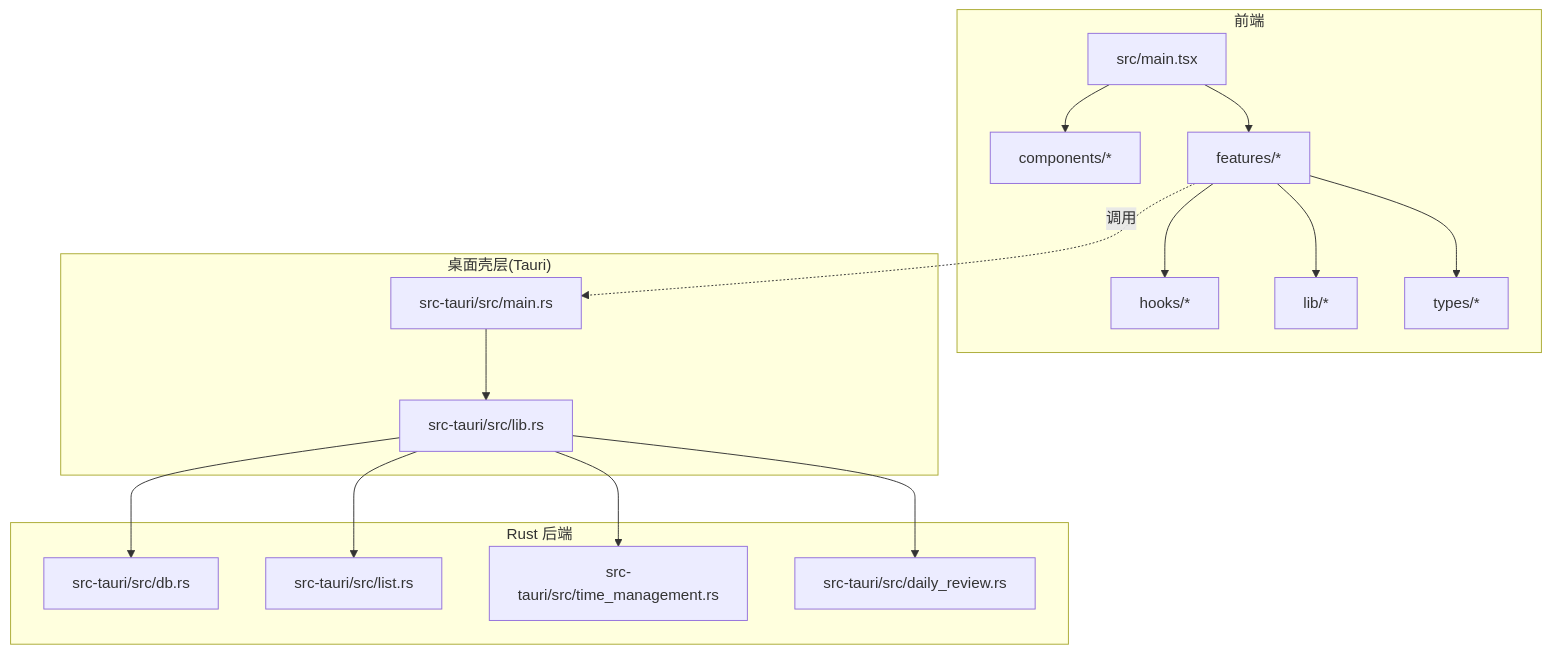
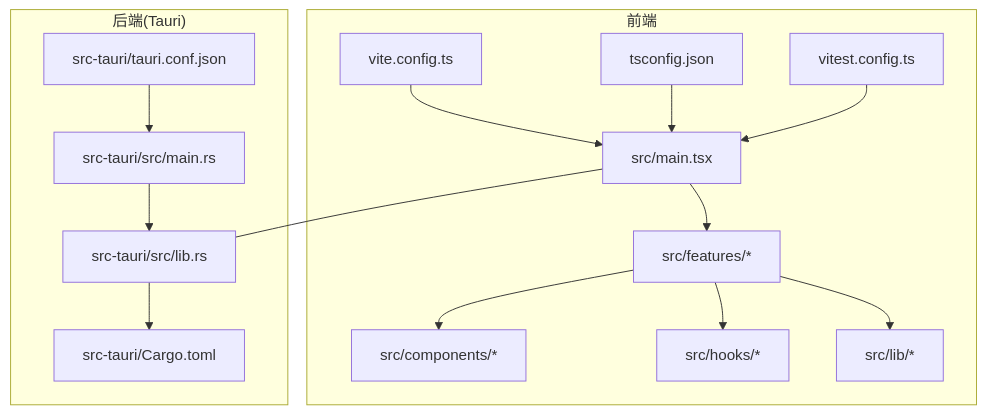
One commit to gzdxhujiale/FishWorker changed the first of 3 diagrams in .qoder/repowiki/zh/content/开发指南/代码规范.md. Above: the diagram before and after it, drawn with Mermaid. The commit also changed other lines of this file and 238 other files, not shown here.

````diff
--- a/.qoder/repowiki/zh/content/开发指南/代码规范.md
+++ b/.qoder/repowiki/zh/content/开发指南/代码规范.md
@@ -59,20 +42,18 @@
 ```mermaid
 graph TB
 subgraph "前端"
-A["src/main.tsx"] --> B["components/*"]
-A --> C["features/*"]
-C --> D["hooks/*"]
-C --> E["lib/*"]
-C --> F["types/*"]
+A["src/main.tsx"] --> B["src/features/*"]
+B --> C["src/components/*"]
+B --> D["src/hooks/*"]
+B --> E["src/lib/*"]
+F["vite.config.ts"] --> A
+G["tsconfig.json"] --> A
+H["vitest.config.ts"] --> A
 end
-subgraph "桌面壳层(Tauri)"
-G["src-tauri/src/main.rs"] --> H["src-tauri/src/lib.rs"]
+subgraph "后端(Tauri)"
+I["src-tauri/src/main.rs"] --> J["src-tauri/src/lib.rs"]
+J --> K["src-tauri/Cargo.toml"]
+L["src-tauri/tauri.conf.json"] --> I
 end
-subgraph "Rust 后端"
-H --> I["src-tauri/src/db.rs"]
-H --> J["src-tauri/src/list.rs"]
-H --> K["src-tauri/src/time_management.rs"]
-H --> L["src-tauri/src/daily_review.rs"]
-end
-C -.调用.-> G
+A --- J
 ```
````
